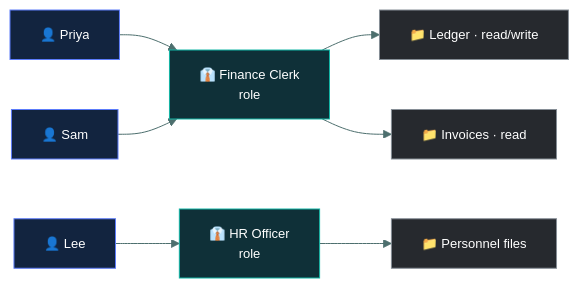
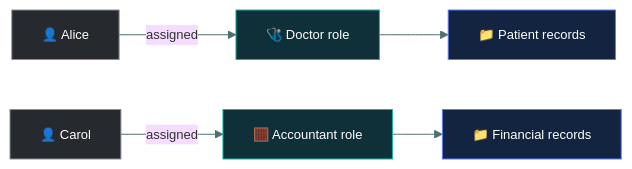
Before and after one commit to tarunTejaDesireddy/cc-exam-prep: the third of 5 diagrams in 03-access-control/dac-mac-rbac-abac/README.md, drawn with Mermaid. The commit also changed other lines of this file, not shown here.

Commit message:
Replace DAC/MAC/RBAC/ABAC with caveman-style version, diagrams and questions

````diff
--- a/03-access-control/dac-mac-rbac-abac/README.md
+++ b/03-access-control/dac-mac-rbac-abac/README.md
@@ -155,19 +218,15 @@
 ```mermaid
 %%{init: {'theme':'base','themeVariables':{'fontSize':'13px','lineColor':'#4d6f6e','textColor':'#dbe7e6'}}}%%
 flowchart LR
-    U1["👤 Priya"] --> R1["👔 Finance Clerk<br/>role"]
-    U2["👤 Sam"] --> R1
-    U3["👤 Lee"] --> R2["👔 HR Officer<br/>role"]
-    R1 --> P1["📁 Ledger · read/write"]
-    R1 --> P2["📁 Invoices · read"]
-    R2 --> P3["📁 Personnel files"]
+    A["👤 Alice"] -->|"assigned"| RD["🩺 Doctor role"]
+    C["👤 Carol"] -->|"assigned"| RA["🧮 Accountant role"]
+    RD --> P1["📁 Patient records"]
+    RA --> P2["📁 Financial records"]
 
-    style U1 fill:#12243f,stroke:#5C7CFA,color:#fff
-    style U2 fill:#12243f,stroke:#5C7CFA,color:#fff
-    style U3 fill:#12243f,stroke:#5C7CFA,color:#fff
-    style R1 fill:#0f3038,stroke:#12B5A5,color:#fff
-    style R2 fill:#0f3038,stroke:#12B5A5,color:#fff
-    style P1 fill:#26292e,stroke:#868E96,color:#fff
-    style P2 fill:#26292e,stroke:#868E96,color:#fff
-    style P3 fill:#26292e,stroke:#868E96,color:#fff
+    style A fill:#26292e,stroke:#868E96,color:#fff
+    style C fill:#26292e,stroke:#868E96,color:#fff
+    style RD fill:#0f3038,stroke:#12B5A5,color:#fff
+    style RA fill:#0f3038,stroke:#12B5A5,color:#fff
+    style P1 fill:#12243f,stroke:#5C7CFA,color:#fff
+    style P2 fill:#12243f,stroke:#5C7CFA,color:#fff
 ```
````
